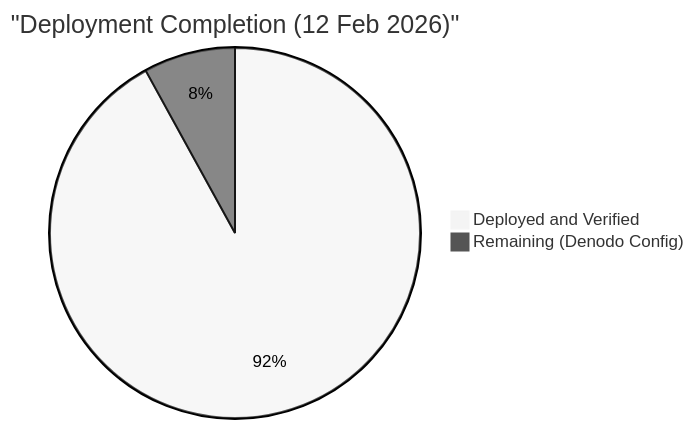
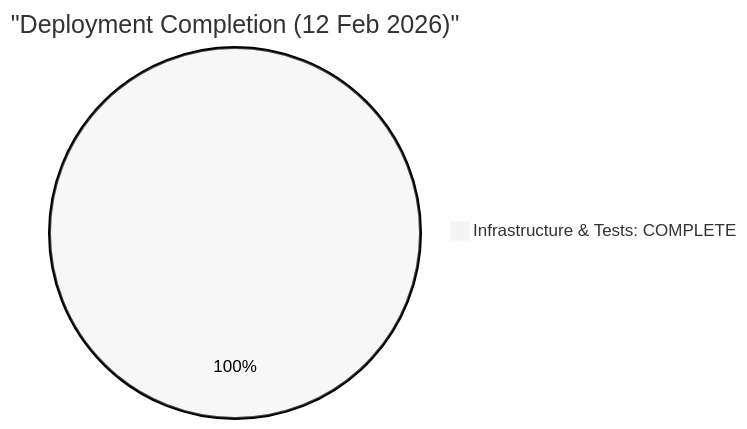
The first of 12 diagrams in docs/DEPLOYMENT_STATUS.md (jaafar-benabderrazak/denodo_poc), drawn with Mermaid (neutral theme) before and after one commit. The commit also changed other lines of this file and 2 other files, not shown here.

Commit message:
Add NEXT_STEPS.md: comprehensive guide for Denodo integration and production hardening

````diff
--- a/docs/DEPLOYMENT_STATUS.md
+++ b/docs/DEPLOYMENT_STATUS.md
@@ -12,5 +12,4 @@
 ```mermaid
 pie title "Deployment Completion (12 Feb 2026)"
-    "Deployed and Verified" : 92
-    "Remaining (Denodo Config)" : 8
+    "Infrastructure & Tests: COMPLETE" : 100
 ```
````
